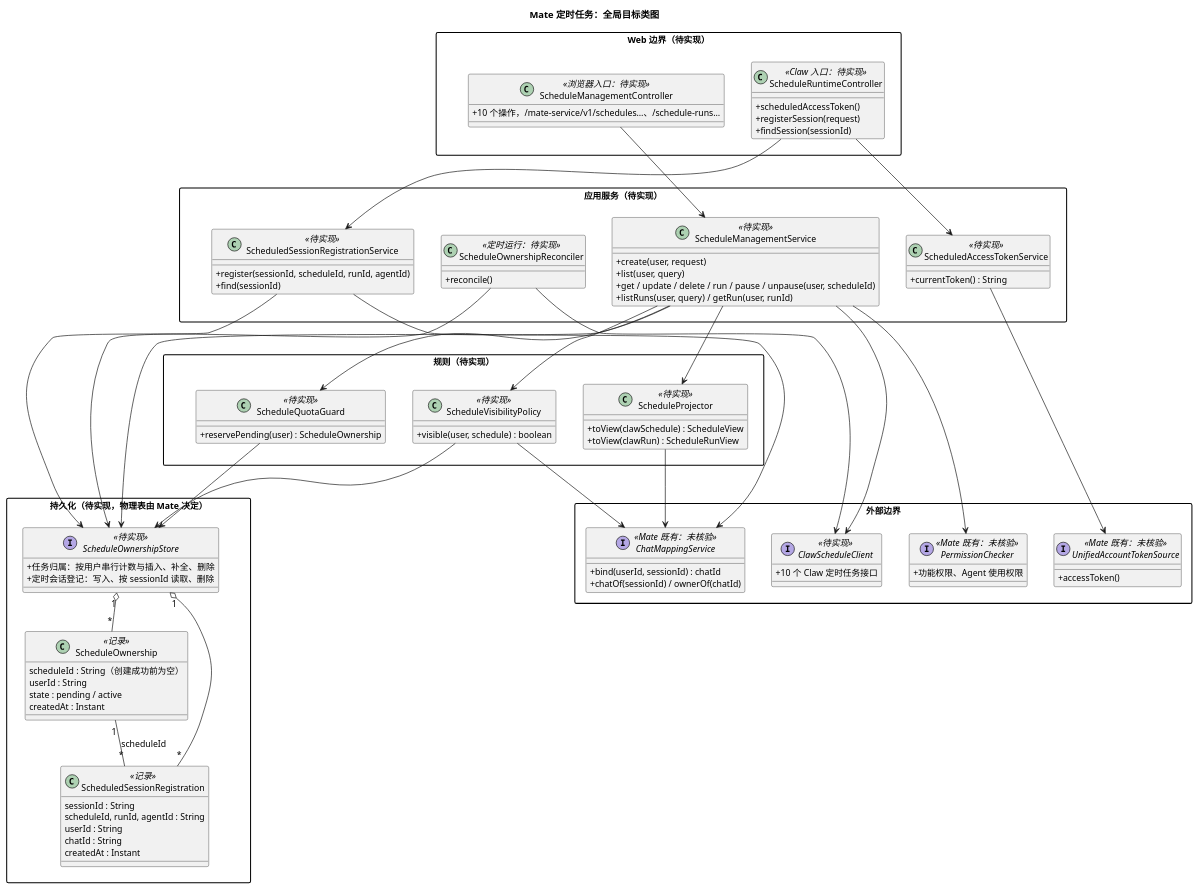
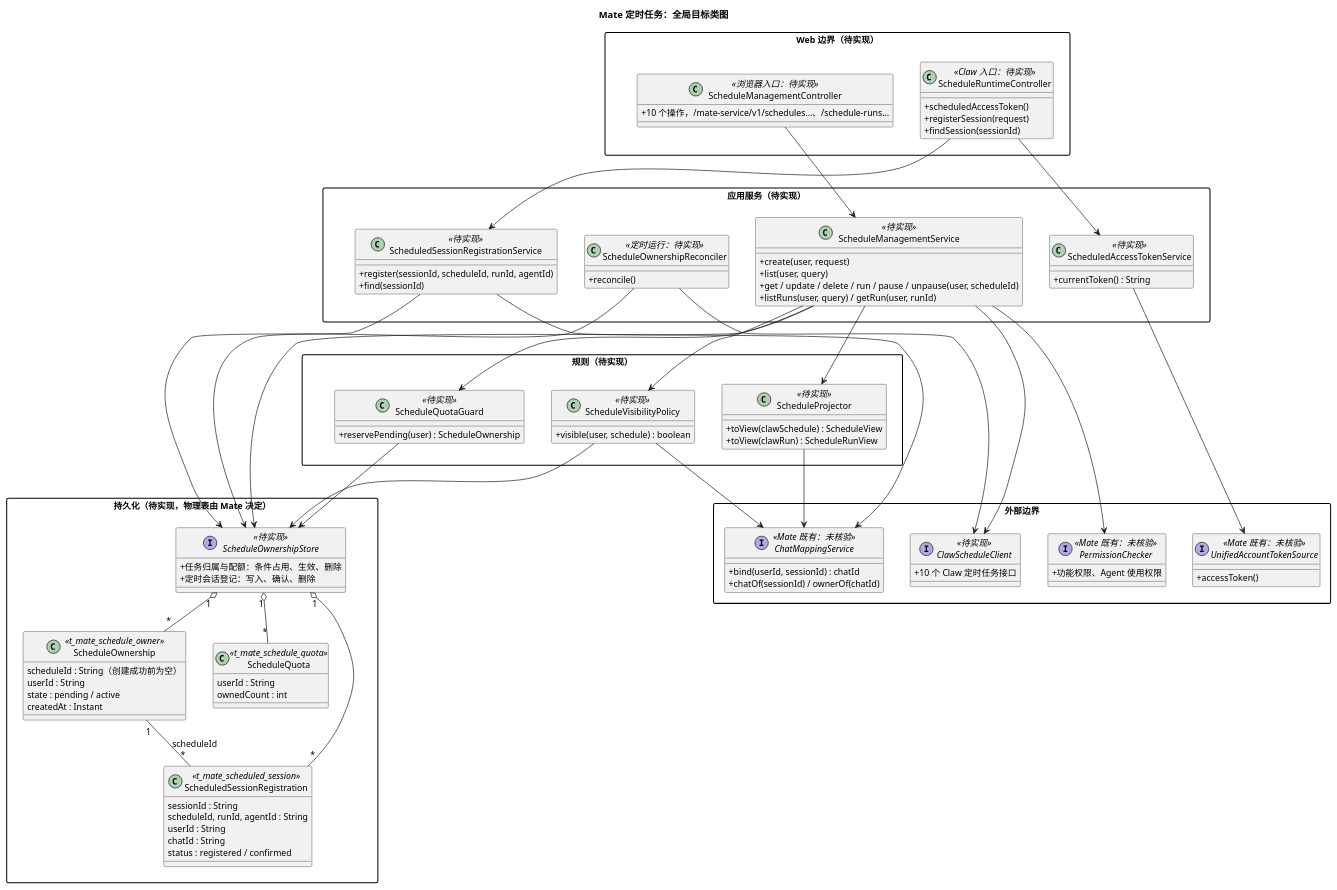
The fourth of 4 diagrams in 02-服务与接口/08-mate-service定时任务/diagram.puml (ssm0808/pi-mono-java-design), drawn with PlantUML before and after one commit. The commit also changed 3 other files, not shown here.

```diff
--- a/02-服务与接口/08-mate-service定时任务/diagram.puml
+++ b/02-服务与接口/08-mate-service定时任务/diagram.puml
@@ -128,116 +128,122 @@
 @startuml mate_schedule_architecture
 ' 目标：待实现；Mate 侧定时任务的全局目标类图。
 ' mate-service 源码未核验：类名为目标命名，公司权限、Chat 映射与统一账号认证为 Mate 既有能力的抽象，接入方式待实现时核对。
 ' Claw 侧契约：01-总体架构/08-CampusClaw定时任务/README.md 0.66.0 第 4 章与第 4.8 节。
 title Mate 定时任务：全局目标类图
 skinparam backgroundColor white
 skinparam defaultFontSize 13
 skinparam classAttributeIconSize 0
 skinparam packageStyle rectangle
 skinparam nodesep 40
 skinparam ranksep 50
 
 package "Web 边界（待实现）" as WebPkg {
   class ScheduleManagementController <<浏览器入口：待实现>> {
     + 10 个操作，/mate-service/v1/schedules…、/schedule-runs…
   }
   class ScheduleRuntimeController <<Claw 入口：待实现>> {
     + scheduledAccessToken()
     + registerSession(request)
     + findSession(sessionId)
   }
 }
 
 package "应用服务（待实现）" as AppPkg {
   class ScheduleManagementService <<待实现>> {
     + create(user, request)
     + list(user, query)
     + get / update / delete / run / pause / unpause(user, scheduleId)
     + listRuns(user, query) / getRun(user, runId)
   }
   class ScheduledSessionRegistrationService <<待实现>> {
     + register(sessionId, scheduleId, runId, agentId)
     + find(sessionId)
   }
   class ScheduledAccessTokenService <<待实现>> {
     + currentToken() : String
   }
   class ScheduleOwnershipReconciler <<定时运行：待实现>> {
     + reconcile()
   }
 }
 
 package "规则（待实现）" as RulePkg {
   class ScheduleVisibilityPolicy <<待实现>> {
     + visible(user, schedule) : boolean
   }
   class ScheduleQuotaGuard <<待实现>> {
     + reservePending(user) : ScheduleOwnership
   }
   class ScheduleProjector <<待实现>> {
     + toView(clawSchedule) : ScheduleView
     + toView(clawRun) : ScheduleRunView
   }
 }
 
 package "持久化（待实现，物理表由 Mate 决定）" as StorePkg {
   interface ScheduleOwnershipStore <<待实现>> {
-    + 任务归属：按用户串行计数与插入、补全、删除
-    + 定时会话登记：写入、按 sessionId 读取、删除
+    + 任务归属与配额：条件占用、生效、删除
+    + 定时会话登记：写入、确认、删除
   }
-  class ScheduleOwnership <<记录>> {
+
+  class ScheduleOwnership <<t_mate_schedule_owner>> {
     scheduleId : String（创建成功前为空）
     userId : String
     state : pending / active
     createdAt : Instant
   }
-  class ScheduledSessionRegistration <<记录>> {
+  class ScheduleQuota <<t_mate_schedule_quota>> {
+    userId : String
+    ownedCount : int
+  }
+  class ScheduledSessionRegistration <<t_mate_scheduled_session>> {
     sessionId : String
     scheduleId, runId, agentId : String
     userId : String
     chatId : String
-    createdAt : Instant
+    status : registered / confirmed
   }
 }
 
 package "外部边界" as ExtPkg {
   interface ClawScheduleClient <<待实现>> {
     + 10 个 Claw 定时任务接口
   }
   interface PermissionChecker <<Mate 既有：未核验>> {
     + 功能权限、Agent 使用权限
   }
   interface ChatMappingService <<Mate 既有：未核验>> {
     + bind(userId, sessionId) : chatId
     + chatOf(sessionId) / ownerOf(chatId)
   }
   interface UnifiedAccountTokenSource <<Mate 既有：未核验>> {
     + accessToken()
   }
 }
 
 ScheduleManagementController --> ScheduleManagementService
 ScheduleRuntimeController --> ScheduledSessionRegistrationService
 ScheduleRuntimeController --> ScheduledAccessTokenService
 ScheduleManagementService --> PermissionChecker
 ScheduleManagementService --> ScheduleVisibilityPolicy
 ScheduleManagementService --> ScheduleQuotaGuard
 ScheduleManagementService --> ScheduleProjector
 ScheduleManagementService --> ClawScheduleClient
 ScheduleManagementService --> ScheduleOwnershipStore
 ScheduleVisibilityPolicy --> ScheduleOwnershipStore
 ScheduleVisibilityPolicy --> ChatMappingService
 ScheduleQuotaGuard --> ScheduleOwnershipStore
 ScheduleProjector --> ChatMappingService
 ScheduledSessionRegistrationService --> ScheduleOwnershipStore
 ScheduledSessionRegistrationService --> ChatMappingService
 ScheduledAccessTokenService --> UnifiedAccountTokenSource
 ScheduleOwnershipReconciler --> ScheduleOwnershipStore
 ScheduleOwnershipReconciler --> ClawScheduleClient
 ScheduleOwnershipStore "1" o-- "*" ScheduleOwnership
+ScheduleOwnershipStore "1" o-- "*" ScheduleQuota
 ScheduleOwnershipStore "1" o-- "*" ScheduledSessionRegistration
 ScheduleOwnership "1" -- "*" ScheduledSessionRegistration : scheduleId
 WebPkg -[hidden]down- AppPkg
 AppPkg -[hidden]down- RulePkg
 RulePkg -[hidden]down- StorePkg
 @enduml
```
